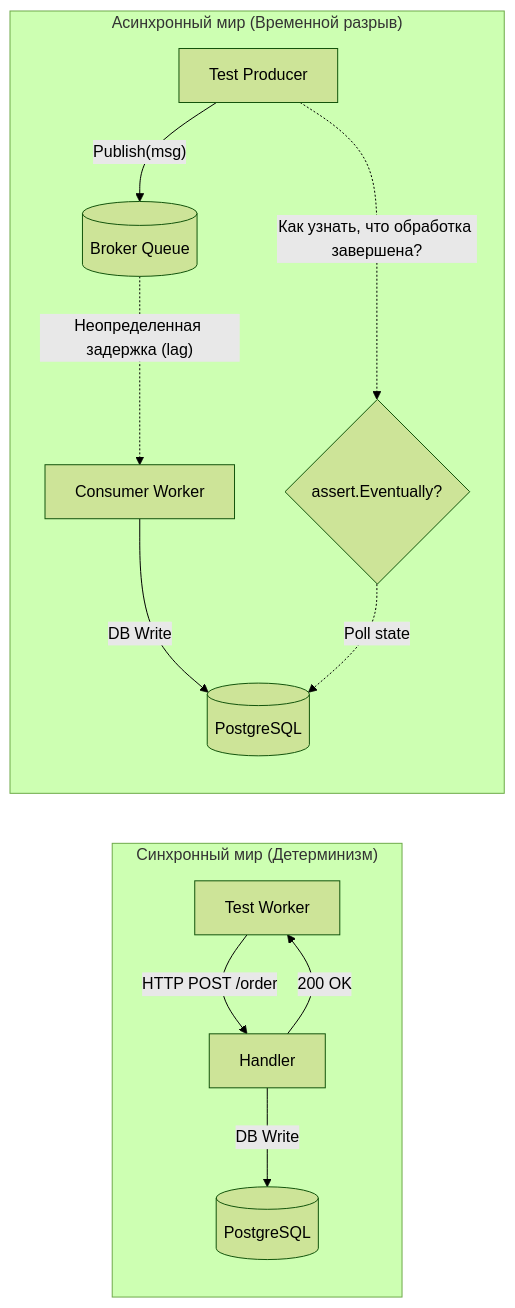
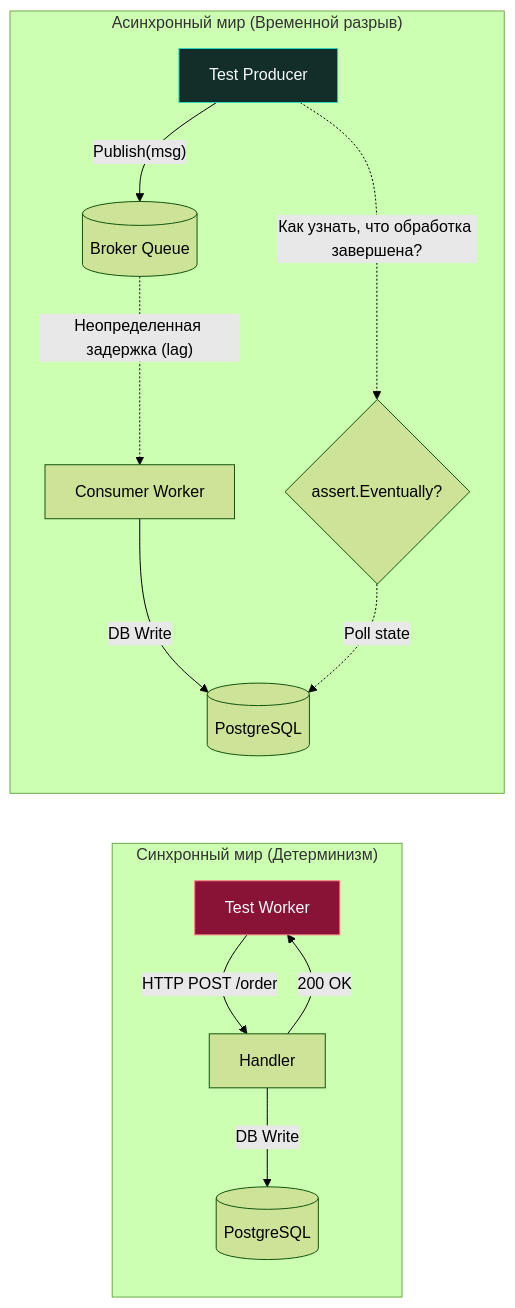
Before and after one commit to UnrealTemplier/go-textbook: the first of 3 diagrams in sources/13. Очереди, брокеры сообщений и оркестраторы/07. Практика/7. Тестирование async систем.md, drawn with Mermaid (forest theme). The commit also changed other lines of this file and 1666 other files, not shown here.

First line of the commit message:
feat(mermaid): add semantic color classDef to 1369 colorless flowchart/graph diagrams

````diff
--- a/sources/13. Очереди, брокеры сообщений и оркестраторы/07. Практика/7. Тестирование async систем.md
+++ b/sources/13. Очереди, брокеры сообщений и оркестраторы/07. Практика/7. Тестирование async систем.md
@@ -16,16 +16,26 @@
 ```mermaid
 flowchart LR
+    classDef process  fill:#1e293b,stroke:#38bdf8,stroke-width:1px,color:#f8fafc
+    classDef success  fill:#064e3b,stroke:#34d399,stroke-width:1px,color:#f8fafc
+    classDef error    fill:#7f1d1d,stroke:#f87171,stroke-width:1px,color:#f8fafc
+    classDef warning  fill:#78350f,stroke:#fbbf24,stroke-width:1px,color:#f8fafc
+    classDef entry    fill:#1e3a5f,stroke:#38bdf8,stroke-width:2px,color:#f8fafc
+    classDef aux      fill:#334155,stroke:#64748b,stroke-width:1px,color:#f8fafc
+    classDef system   fill:#312e81,stroke:#a78bfa,stroke-width:1px,color:#f8fafc
+    classDef data     fill:#132d29,stroke:#2dd4bf,stroke-width:1px,color:#f8fafc
+    classDef network  fill:#881337,stroke:#fb7185,stroke-width:1px,color:#f8fafc
+    classDef accent   fill:#1e1b4b,stroke:#818cf8,stroke-width:1px,color:#f8fafc
     subgraph "Синхронный мир (Детерминизм)"
-        T1["Test Worker"] -->|"HTTP POST /order"| H1["Handler"]
+        T1["Test Worker"]:::network -->|"HTTP POST /order"| H1["Handler"]
         H1 -->|"DB Write"| DB1[("PostgreSQL")]
         H1 -->|"200 OK"| T1
     end
 
     subgraph "Асинхронный мир (Временной разрыв)"
-        T2["Test Producer"] -->|"Publish(msg)"| B[("Broker Queue")]
+        T2["Test Producer"]:::data -->|"Publish(msg)"| B[("Broker Queue")]
         B -.->|"Неопределенная задержка (lag)"| C["Consumer Worker"]
         C -->|"DB Write"| DB2[("PostgreSQL")]
         T2 -.->|"Как узнать, что обработка завершена?"| Q{"assert.Eventually?"}
         Q -.->|"Poll state"| DB2
     end
 ```
````
